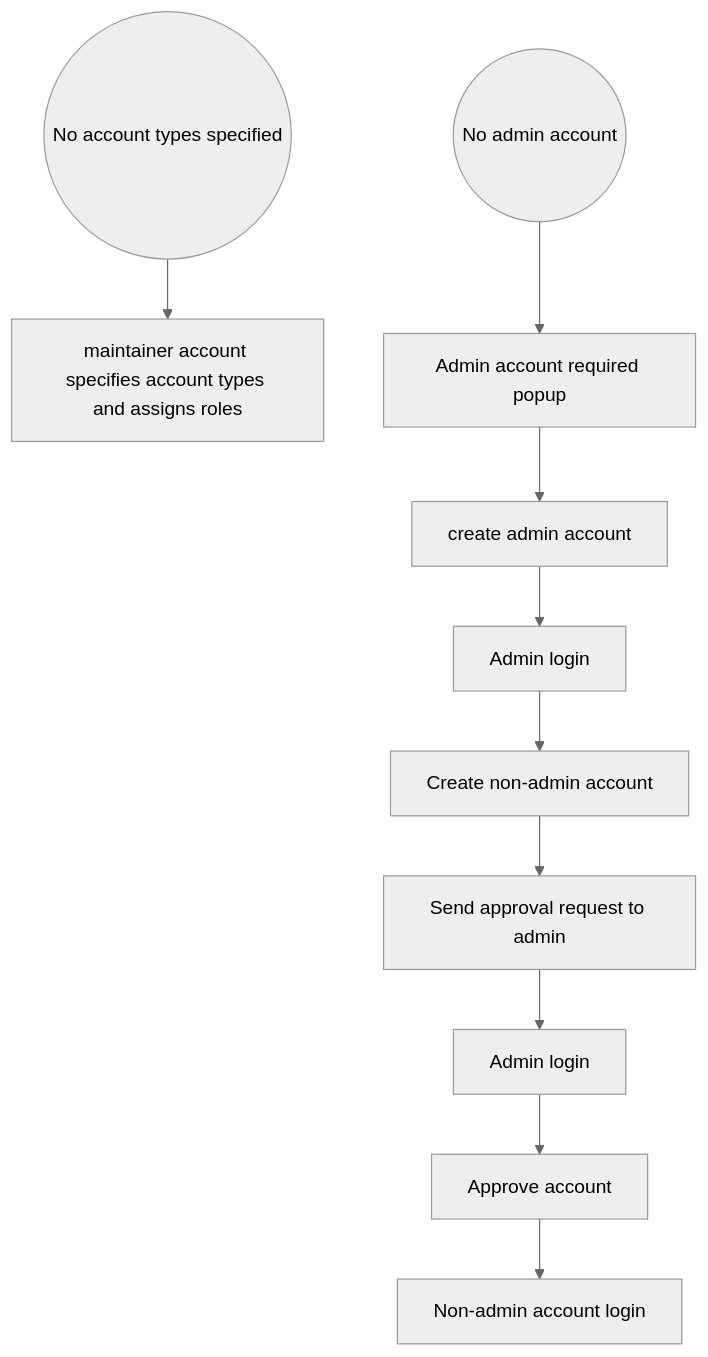
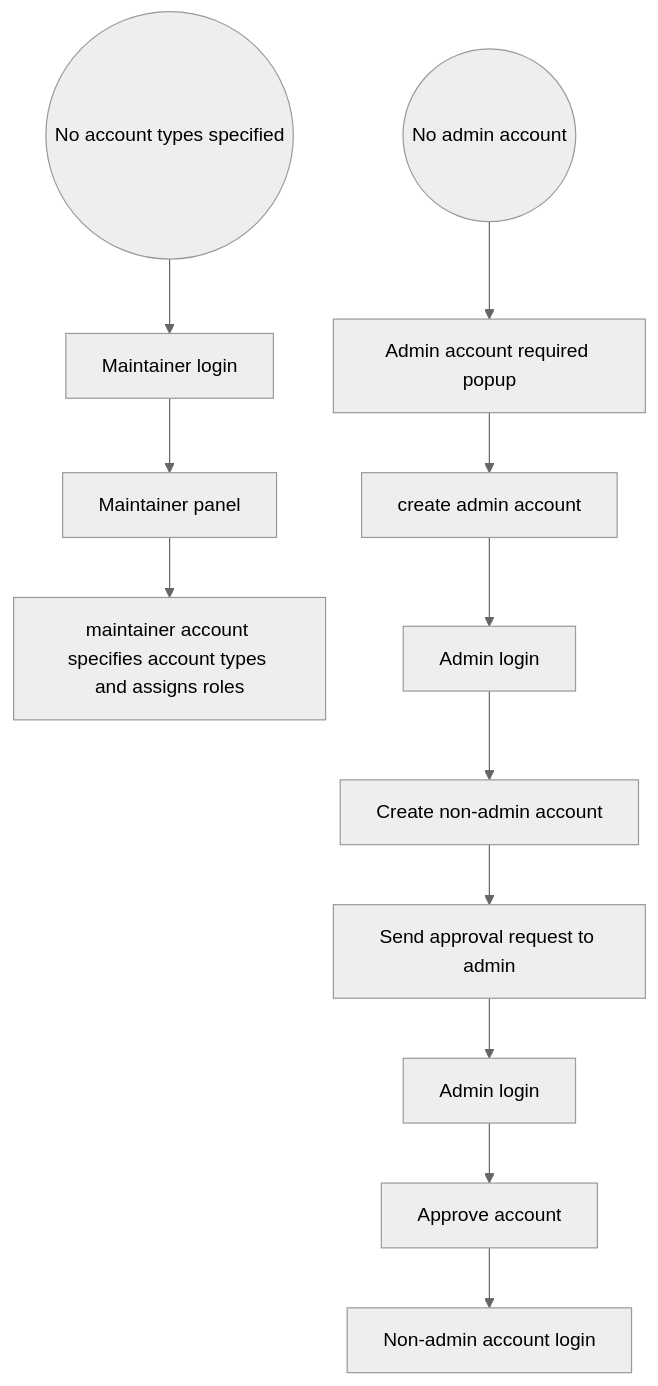
One commit to Moubassher/accountsfx changed the first of 2 diagrams in Dev_log.md. Above: the diagram before and after it, drawn with Mermaid (neutral theme). The commit also changed other lines of this file and 15 other files, not shown here.

````diff
--- a/Dev_log.md
+++ b/Dev_log.md
@@ -26,10 +26,11 @@
 ```mermaid
 flowchart TD
-    A((No account types specified)) --> B[maintainer account specifies account types and assigns roles] 
+    A((No account types specified)) --> A1[Maintainer login]  --> 
+    B[Maintainer panel] --> B1[maintainer account specifies account types and assigns roles] 
   C((No admin account)) --> D[Admin account required popup] --> E[create admin account] --> F[Admin login]
 
   F --> G[Create non-admin account] --> H[Send approval request to admin]
   H --> I["Admin login"]
   I --> J[Approve account]
   J --> K[Non-admin account login]
 ```
````
